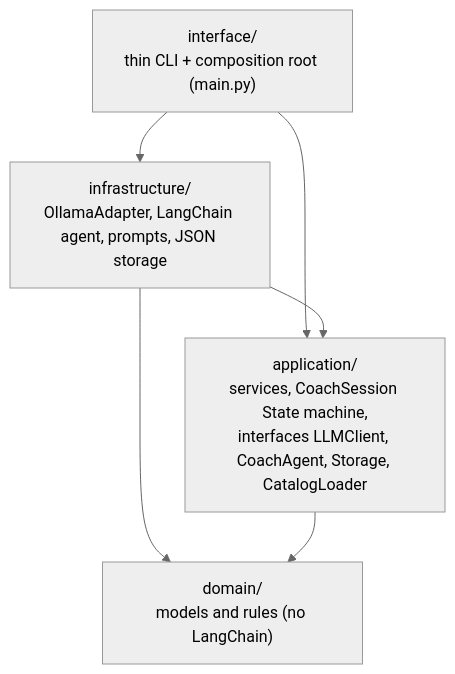
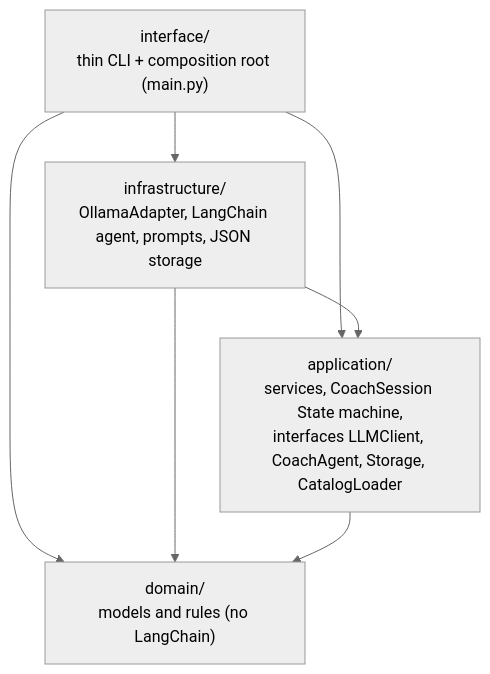
Before and after one commit to aslikaraman/adaptive-fitness-agent: the diagram in ARCHITECTURE.md, drawn with Mermaid (neutral theme). The commit also changed other lines of this file and 4 other files, not shown here.

````diff
--- a/ARCHITECTURE.md
+++ b/ARCHITECTURE.md
@@ -5,12 +5,13 @@
 ```mermaid
 flowchart TD
     I["interface/<br/>thin CLI + composition root (main.py)"]
     INF["infrastructure/<br/>OllamaAdapter, LangChain agent, prompts, JSON storage"]
     A["application/<br/>services, CoachSession State machine,<br/>interfaces LLMClient, CoachAgent, Storage, CatalogLoader"]
     D["domain/<br/>models and rules (no LangChain)"]
     I --> INF
     I --> A
+    I --> D
     INF --> A
     INF --> D
     A --> D
 ```
````
